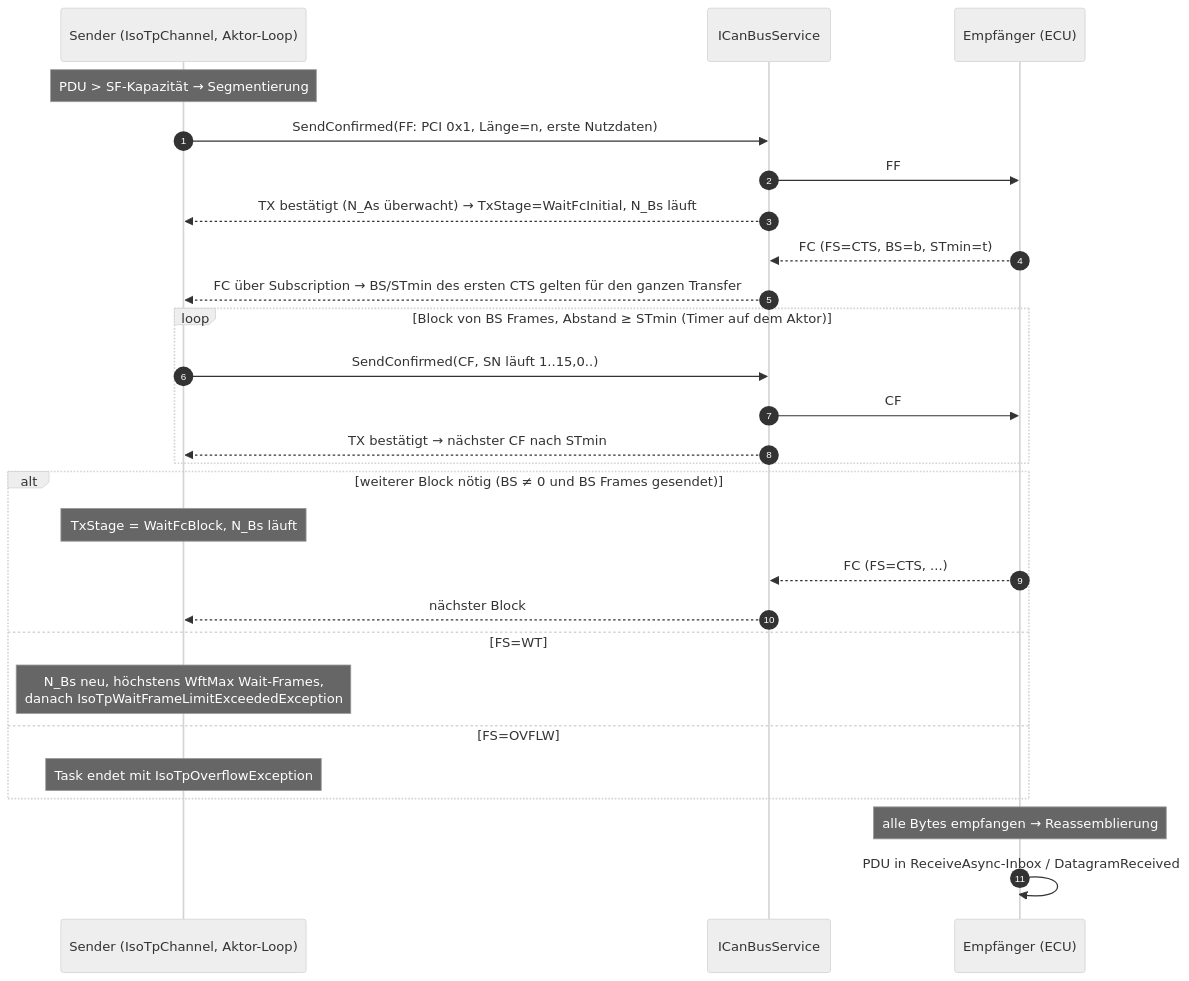
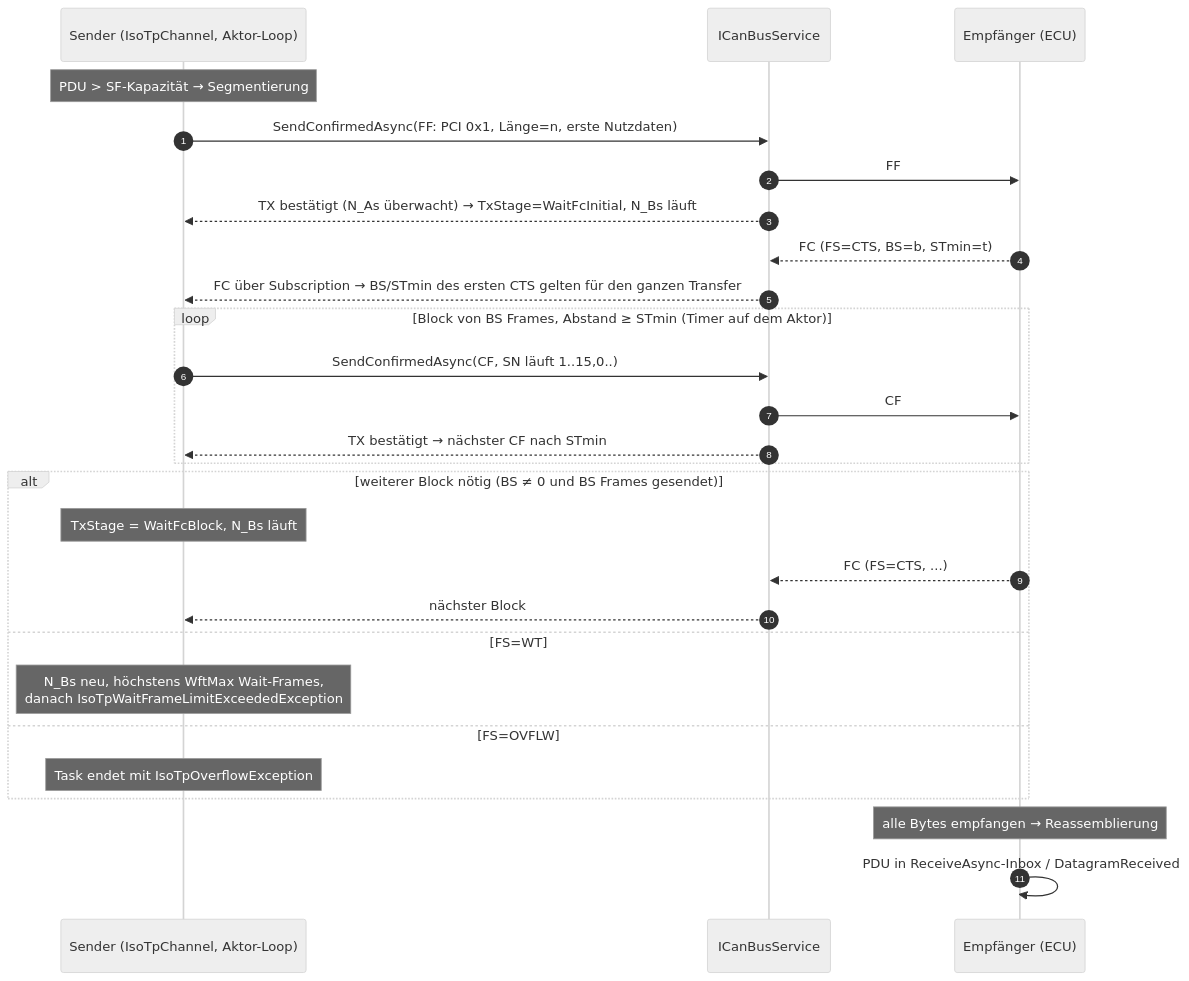
One commit to dborgards/CanKit.Pro changed the ninth of 19 diagrams in docs/architecture/arc42-CanKit.Pro.md. Above: the diagram before and after it, drawn with Mermaid (neutral theme). The commit also changed other lines of this file and 36 other files, not shown here.

First line of the commit message:
refactor(rawcan)!: name ICanBusService.SendConfirmed SendConfirmedAsync

````diff
--- a/docs/architecture/arc42-CanKit.Pro.md
+++ b/docs/architecture/arc42-CanKit.Pro.md
@@ -648,30 +648,30 @@
 ```mermaid
 sequenceDiagram
     autonumber
     participant S as Sender (IsoTpChannel, Aktor-Loop)
     participant Svc as ICanBusService
     participant R as Empfänger (ECU)
 
     Note over S: PDU > SF-Kapazität → Segmentierung
-    S->>Svc: SendConfirmed(FF: PCI 0x1, Länge=n, erste Nutzdaten)
+    S->>Svc: SendConfirmedAsync(FF: PCI 0x1, Länge=n, erste Nutzdaten)
     Svc->>R: FF
     Svc-->>S: TX bestätigt (N_As überwacht) → TxStage=WaitFcInitial, N_Bs läuft
     R-->>Svc: FC (FS=CTS, BS=b, STmin=t)
     Svc-->>S: FC über Subscription → BS/STmin des ersten CTS gelten für den ganzen Transfer
     loop Block von BS Frames, Abstand ≥ STmin (Timer auf dem Aktor)
-        S->>Svc: SendConfirmed(CF, SN läuft 1..15,0..)
+        S->>Svc: SendConfirmedAsync(CF, SN läuft 1..15,0..)
         Svc->>R: CF
         Svc-->>S: TX bestätigt → nächster CF nach STmin
     end
     alt weiterer Block nötig (BS ≠ 0 und BS Frames gesendet)
         Note over S: TxStage = WaitFcBlock, N_Bs läuft
         R-->>Svc: FC (FS=CTS, ...)
         Svc-->>S: nächster Block
     else FS=WT
         Note over S: N_Bs neu, höchstens WftMax Wait-Frames,<br/>danach IsoTpWaitFrameLimitExceededException
     else FS=OVFLW
         Note over S: Task endet mit IsoTpOverflowException
     end
     Note over R: alle Bytes empfangen → Reassemblierung
     R->>R: PDU in ReceiveAsync-Inbox / DatagramReceived
 ```
````
